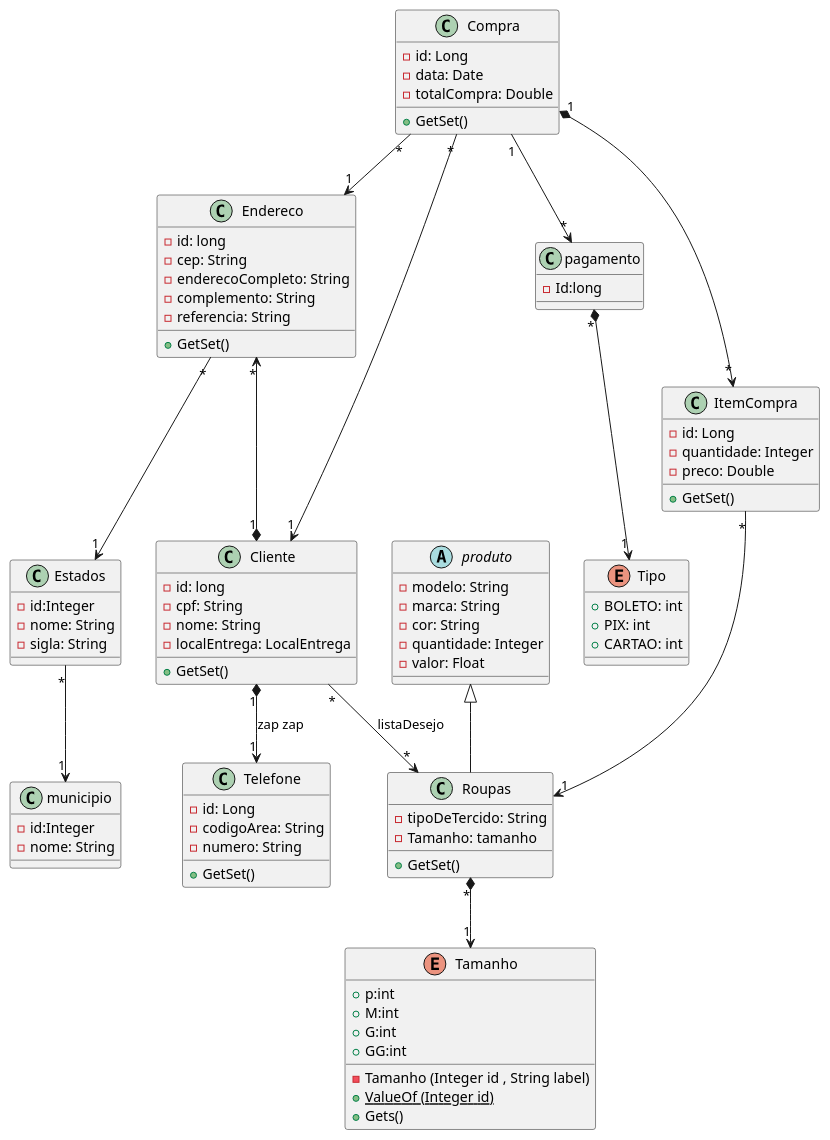
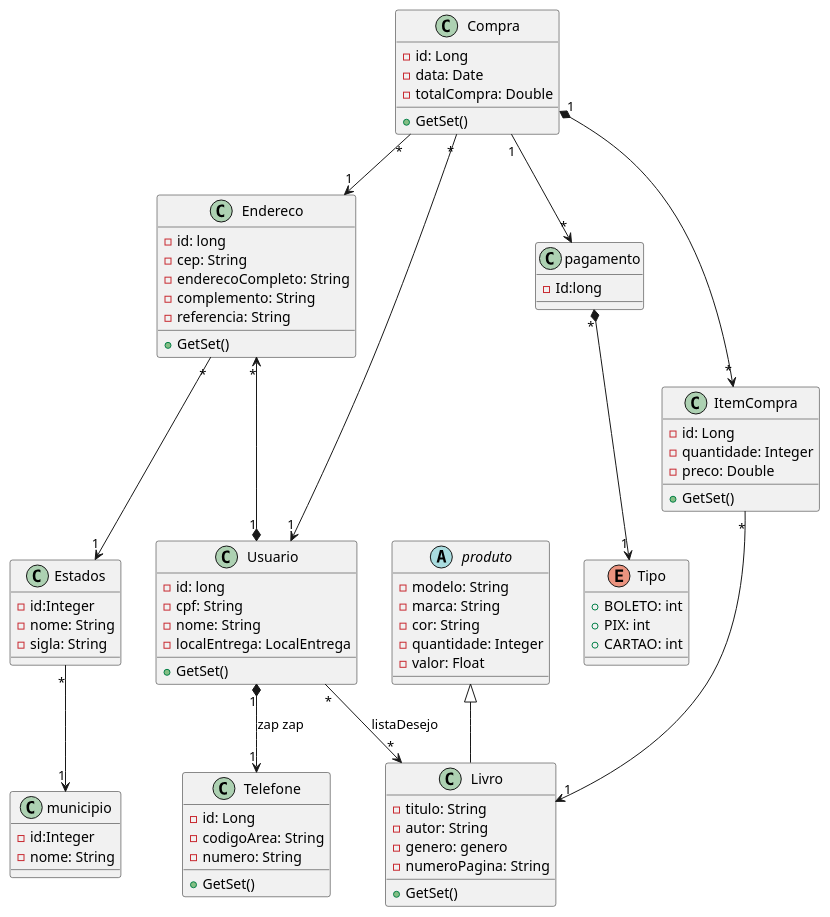
Before and after one commit to Jeezyel/Topicos-2-Beck-end: the diagram in src/main/resources/UML.plantuml, drawn with PlantUML. The commit also changed 7 other files, not shown here.

Commit message:
ajustando a UML e colocando categoria em livros e criando usuario com a suas ligação

```diff
--- a/src/main/resources/UML.plantuml
+++ b/src/main/resources/UML.plantuml
@@ -1,121 +1,114 @@
 @startuml UML
 
-class Roupas{
-    - tipoDeTercido: String
-    - Tamanho: tamanho
+class Livro{
+    - titulo: String
+    - autor: String
+    - genero: genero
+    - numeroPagina: String
+
+
 
     + GetSet()
 
 
 }
 
-class Cliente{
+class Usuario{
     -id: long
     - cpf: String
     - nome: String
     - localEntrega: LocalEntrega
 
     + GetSet()
 }
 
 class Endereco{
     - id: long
     - cep: String
     - enderecoCompleto: String
     - complemento: String
     - referencia: String
 
     + GetSet()
 }
 class ItemCompra {
     - id: Long
     - quantidade: Integer
     - preco: Double
     
     + GetSet()
 }
 class Compra {
     - id: Long
     - data: Date
     - totalCompra: Double
     
     + GetSet()
 }
 class Telefone {
     - id: Long
     - codigoArea: String
     - numero: String
     
     + GetSet()
 }
 class municipio{
     -id:Integer
     -nome: String
 
 }
 class Estados{
     -id:Integer
     -nome: String
     -sigla: String
 }
-enum Tamanho{
-    + p:int
-    + M:int
-    + G:int
-    + GG:int
- 
-    - Tamanho (Integer id , String label)
-    + {static}ValueOf (Integer id)
-    + Gets()
 
-}
 abstract produto{
     - modelo: String
     - marca: String
     - cor: String
     - quantidade: Integer
     - valor: Float
     
 }
 class pagamento{
     -Id:long
 
     
 }
 
 enum Tipo{
     + BOLETO: int
     + PIX: int
     + CARTAO: int
     
 }
 
 
 
     
-    produto <|-- Roupas
+    produto <|-- Livro
 
-    Endereco "*" <--*"1" Cliente
-    Cliente "*" --> "*" Roupas: listaDesejo
+    Endereco "*" <--*"1" Usuario
+    Usuario "*" --> "*" Livro: listaDesejo
 
     Compra "1" *--> "*" ItemCompra
-    Compra "*" --> "1" Cliente
+    Compra "*" --> "1" Usuario
     Compra "*"  --> "1" Endereco
     
 
-    ItemCompra "*" --> "1" Roupas
+    ItemCompra "*" --> "1" Livro
 
-    Cliente "1" *--> "1" Telefone: zap zap
+    Usuario "1" *--> "1" Telefone: zap zap
 
     Compra "1"-->"*" pagamento
 
 
 
 
-    Roupas "*" *--> "1" Tamanho
     pagamento "*" *--> "1" Tipo
 
     Endereco "*"--> "1" Estados
 
     Estados "*"--> "1" municipio
 @enduml
```
